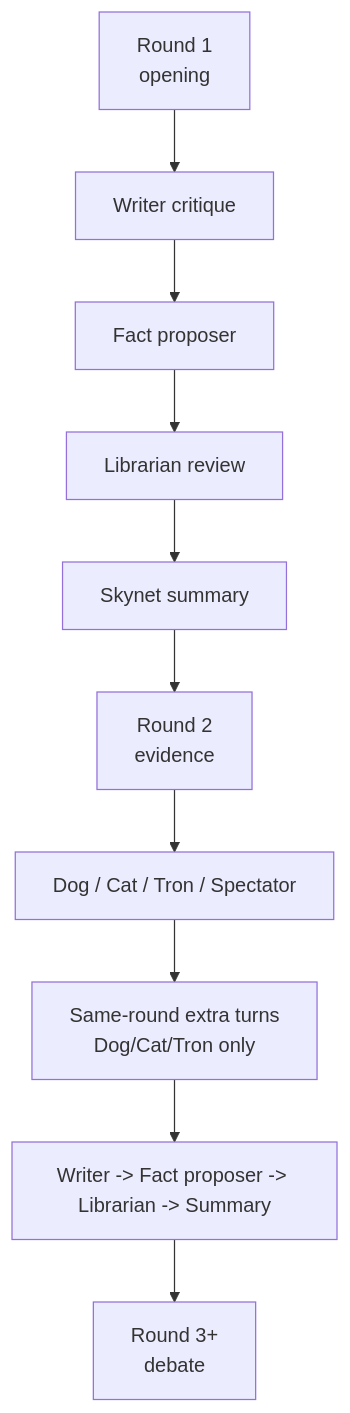
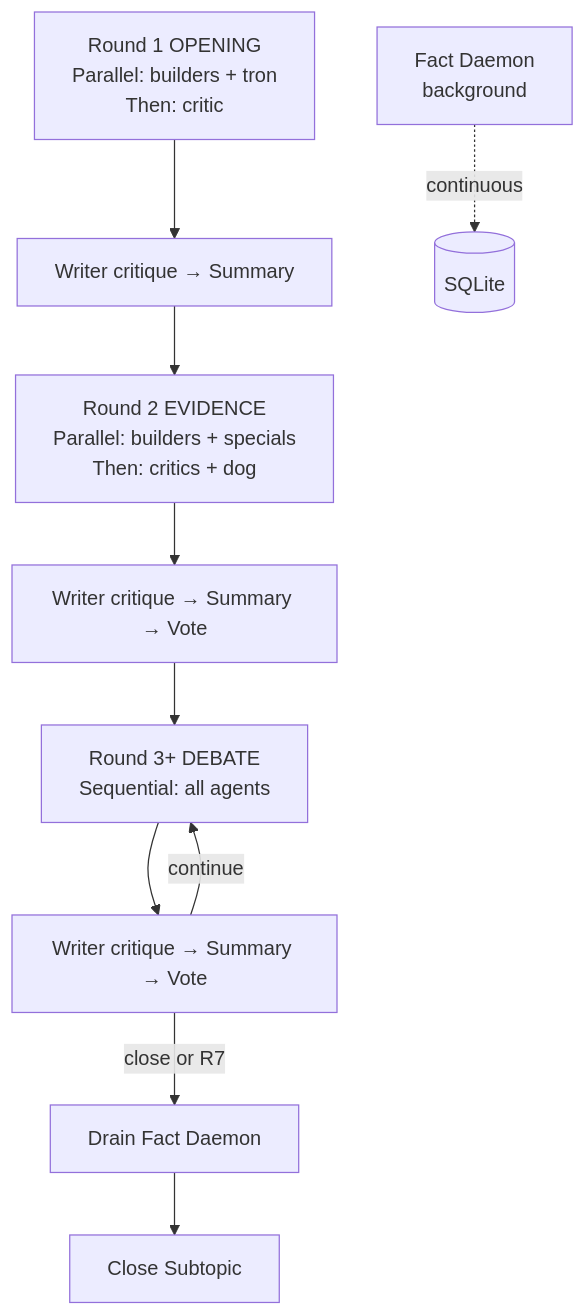
Before and after one commit to G-R-O-X/Grox_chat: the second of 2 diagrams in README.md, drawn with Mermaid. The commit also changed other lines of this file and 2 other files, not shown here.

First line of the commit message:
docs: update README, README_CN, and DESIGN for parallel execution, fact daemon, and citation protocol

````diff
--- a/README.md
+++ b/README.md
@@ -116,12 +136,12 @@
 ```mermaid
 flowchart TD
-    R1[Round 1<br/>opening] --> W1[Writer critique]
-    W1 --> FP1[Fact proposer]
-    FP1 --> L1[Librarian review]
-    L1 --> S1[Skynet summary]
-    S1 --> R2[Round 2<br/>evidence]
-    R2 --> NPC2[Dog / Cat / Tron / Spectator]
-    NPC2 --> Extra2[Same-round extra turns<br/>Dog/Cat/Tron only]
-    Extra2 --> W2[Writer -> Fact proposer -> Librarian -> Summary]
-    W2 --> R3[Round 3+<br/>debate]
+    R1[Round 1 OPENING<br/>Parallel: builders + tron<br/>Then: critic] --> W1[Writer critique → Summary]
+    W1 --> R2[Round 2 EVIDENCE<br/>Parallel: builders + specials<br/>Then: critics + dog]
+    R2 --> W2[Writer critique → Summary → Vote]
+    W2 --> R3[Round 3+ DEBATE<br/>Sequential: all agents]
+    R3 --> W3[Writer critique → Summary → Vote]
+    W3 -->|continue| R3
+    W3 -->|close or R7| Drain[Drain Fact Daemon]
+    Drain --> Close[Close Subtopic]
+    Daemon[Fact Daemon<br/>background] -.->|continuous| DB[(SQLite)]
 ```
````
